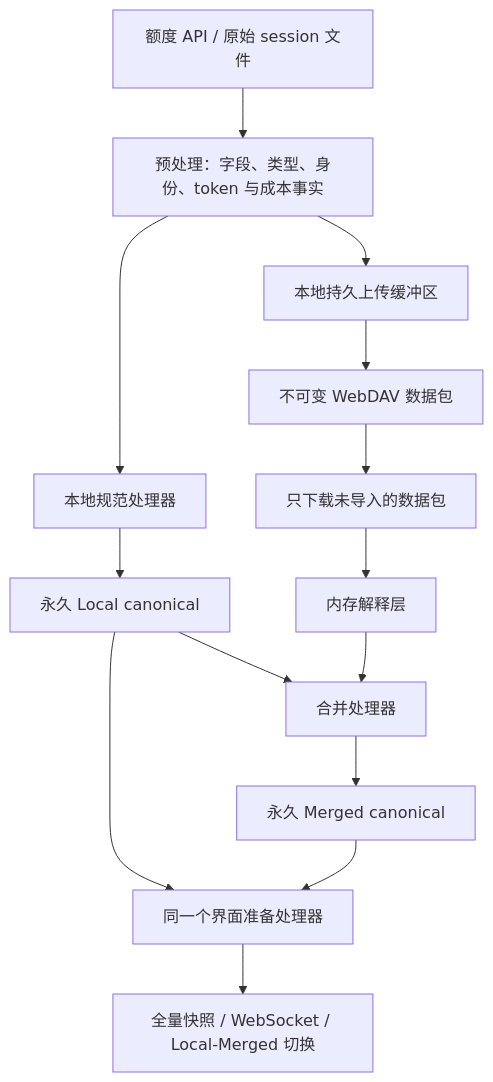
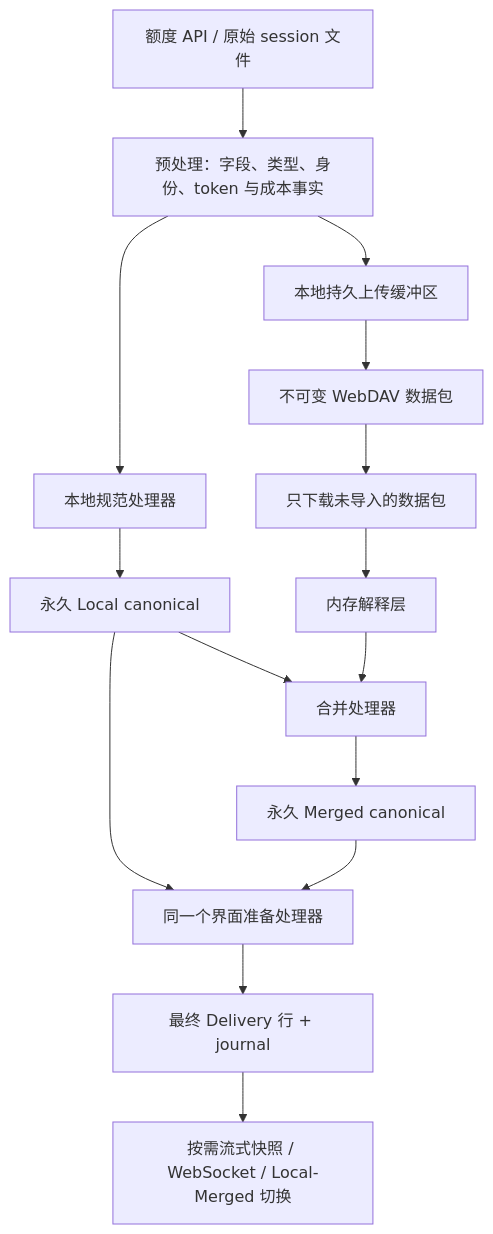
Before and after one commit to LenorEric/codex-monitor: the diagram in data-pipeline.zh-CN.md, drawn with Mermaid. The commit also changed other lines of this file and 41 other files, not shown here.

````diff
--- a/data-pipeline.zh-CN.md
+++ b/data-pipeline.zh-CN.md
@@ -7,16 +7,17 @@
 ```mermaid
 flowchart TD
     RAW[额度 API / 原始 session 文件] --> PRE[预处理：字段、类型、身份、token 与成本事实]
     PRE --> BUFFER[本地持久上传缓冲区]
     PRE --> PROCESS[本地规范处理器]
     PROCESS --> LOCAL[永久 Local canonical]
     LOCAL --> MERGE[合并处理器]
     BUFFER --> DAV[不可变 WebDAV 数据包]
     DAV --> DOWNLOAD[只下载未导入的数据包]
     DOWNLOAD --> INTERPRET[内存解释层]
     INTERPRET --> MERGE
     MERGE --> MERGED[永久 Merged canonical]
     LOCAL --> UI[同一个界面准备处理器]
     MERGED --> UI
-    UI --> CLIENT[全量快照 / WebSocket / Local-Merged 切换]
+    UI --> DELIVERY[最终 Delivery 行 + journal]
+    DELIVERY --> CLIENT[按需流式快照 / WebSocket / Local-Merged 切换]
 ```
````
